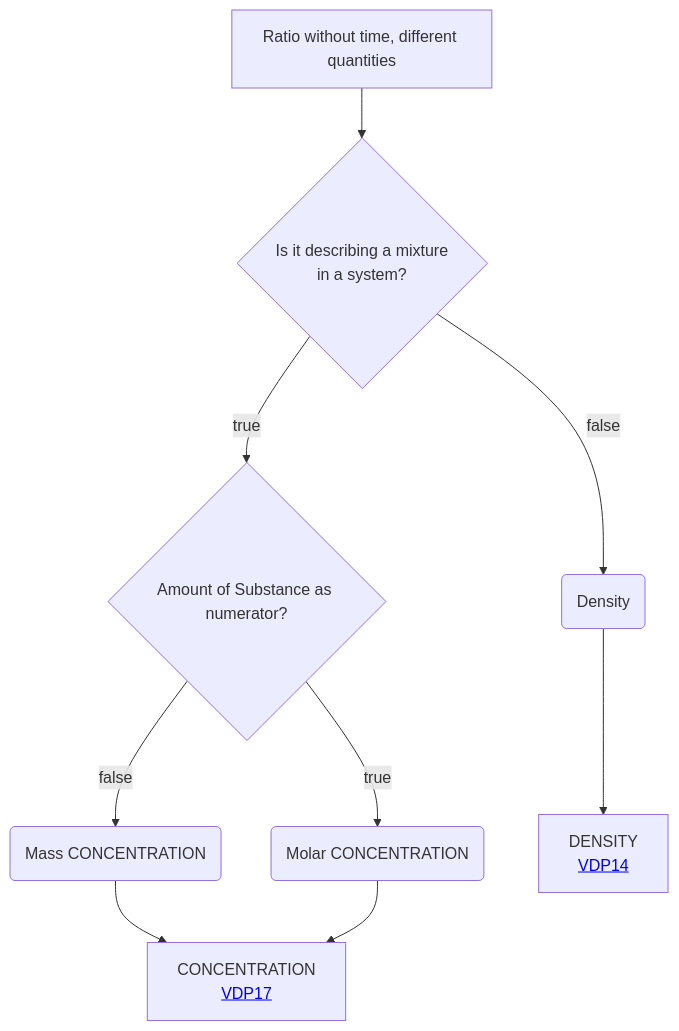
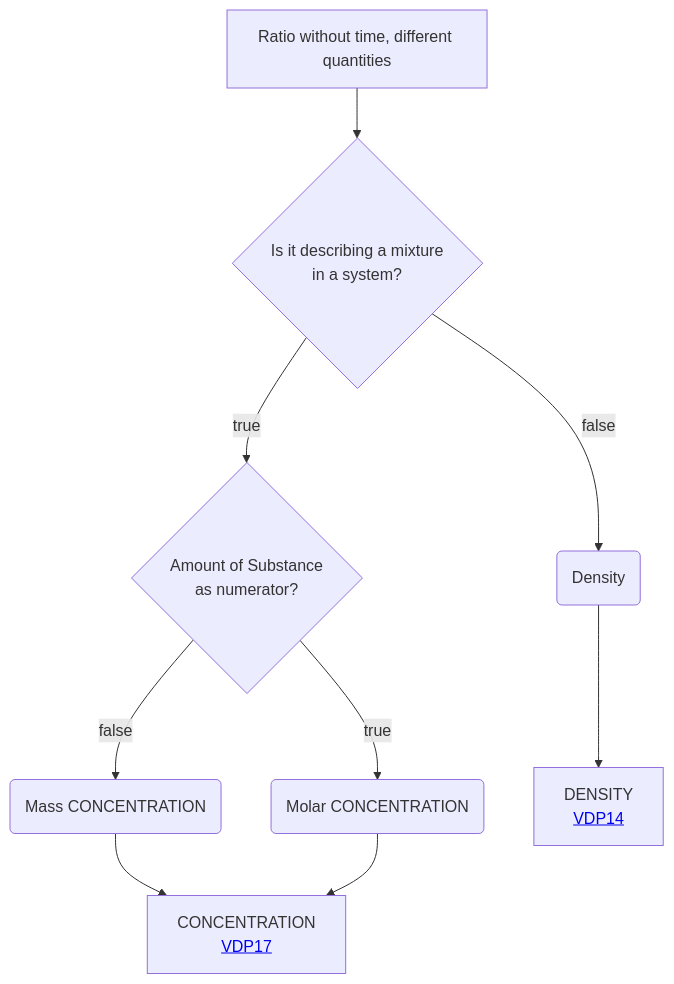
One commit to mabablue/I-ADOPT-patterns-playground changed the diagram in Decisition_trees/DT4.mmd. Above: the diagram before and after it, drawn with Mermaid.

```diff
--- a/Decisition_trees/DT4.mmd
+++ b/Decisition_trees/DT4.mmd
@@ -1,9 +1,9 @@
 flowchart TD
     A[Ratio without time, different quantities] --> P{Is it describing a mixture <br> in a system?}
-    P --> |true|Q{Amount of Substance as numerator?}
+    P --> |true|Q{Amount of Substance <br> as numerator?}
     Q --> |true|R(Molar CONCENTRATION)
     Q --> |false|S(Mass CONCENTRATION)
     P --> |false|U(Density)
     S --> T[CONCENTRATION <br> <a href='https://github.com/mabablue/I-ADOPT-patterns-playground/blob/main/pattern/VDP17.yaml'>VDP17</a>]
     R --> T
     U --> V[DENSITY <br> <a href='https://github.com/mabablue/I-ADOPT-patterns-playground/blob/main/pattern/VDP14.yaml'>VDP14</a>]
```
